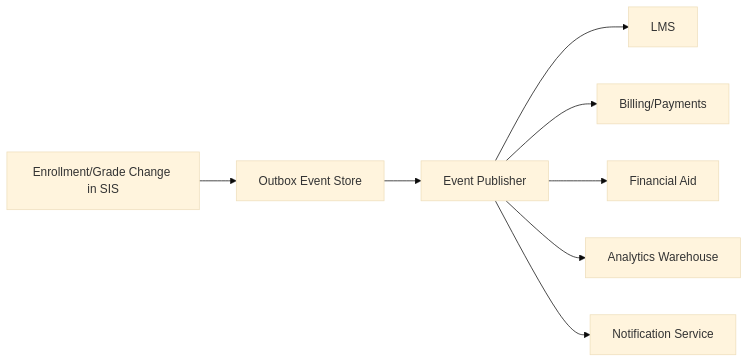
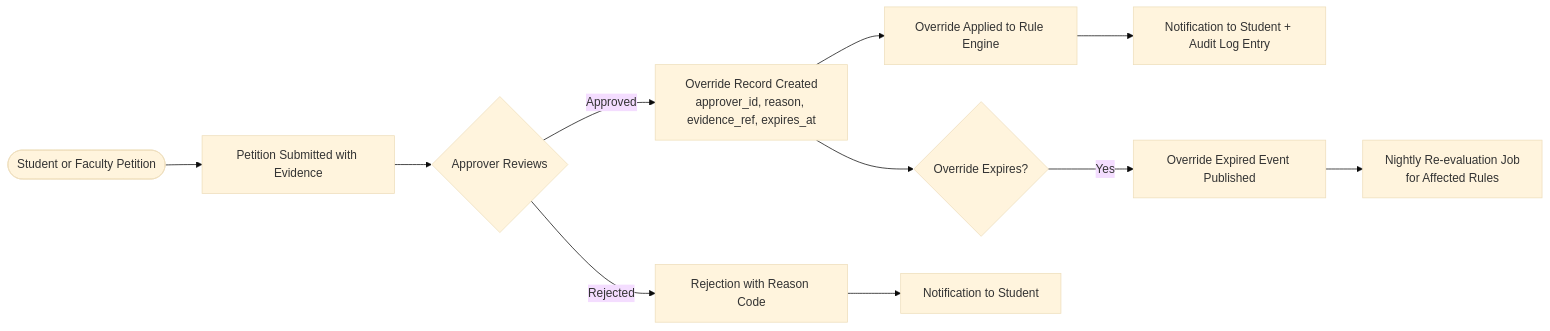
One commit to 0Ankit0/Project-Ideas changed the second of 2 diagrams in Student Information System/analysis/business-rules.md. Above: the diagram before and after it, drawn with Mermaid (base theme). The commit also changed other lines of this file and 3 other files, not shown here.

Commit message:
docs(student-information-system): expand documentation to production-grade spec

````diff
--- a/Student Information System/analysis/business-rules.md
+++ b/Student Information System/analysis/business-rules.md
@@ -167,10 +265,13 @@
 ```mermaid
 flowchart LR
-    A[Enrollment/Grade Change in SIS] --> B[Outbox Event Store]
-    B --> C[Event Publisher]
-    C --> D[LMS]
-    C --> E[Billing/Payments]
-    C --> F[Financial Aid]
-    C --> G[Analytics Warehouse]
-    C --> H[Notification Service]
+    A([Student or Faculty Petition]) --> B[Petition Submitted with Evidence]
+    B --> C{Approver Reviews}
+    C -->|Approved| D[Override Record Created<br/>approver_id, reason, evidence_ref, expires_at]
+    D --> E[Override Applied to Rule Engine]
+    E --> F[Notification to Student + Audit Log Entry]
+    C -->|Rejected| G[Rejection with Reason Code]
+    G --> H[Notification to Student]
+    D --> I{Override Expires?}
+    I -->|Yes| J[Override Expired Event Published]
+    J --> K[Nightly Re-evaluation Job<br/>for Affected Rules]
 ```
````
